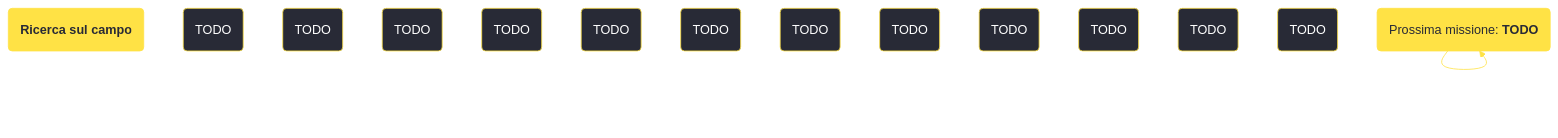
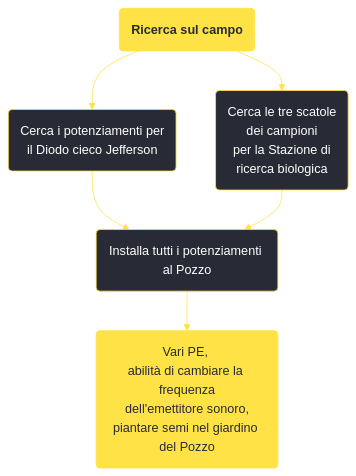
The diagram in content/voci/fallout new vegas/missioni/Ricerca sul campo.md (persy/wastelander), drawn with Mermaid before and after one commit. The commit also changed 174 other files, not shown here.

````diff
--- a/content/voci/fallout new vegas/missioni/Ricerca sul campo.md
+++ b/content/voci/fallout new vegas/missioni/Ricerca sul campo.md
@@ -32,24 +32,16 @@
 ```mermaid
 %%{init: {'theme': 'base', 'themeVariables': { 'primaryColor': '#282a36', 'primaryBorderColor': '#ffe245', 'primaryTextColor': '#fff', 'lineColor': '#ffe245', 'fontFamily': 'Jura'}}}%%
 graph TD;
     id1(<b>Ricerca sul campo</b>):::questfnv
-    id2(TODO)
-    id3(TODO)
-    id4(TODO)
-    id5(TODO)
-    id6(TODO)
-    id7(TODO) 
-    id8(TODO)
-    id9(TODO)
-    id10(TODO)
-    id11(TODO)
-    id12(TODO)
-    id13(TODO) 
-    id(TODO):::rewardfnv
-    id(Prossima missione: <b>TODO</b>):::questfnv
-    id-->id-->id-->id-->id-->id-->id
+    id2(Cerca i potenziamenti per <br />il Diodo cieco Jefferson)
+    id3(Cerca le tre scatole <br />dei campioni <br />per la Stazione di <br />ricerca biologica)
+    id4(Installa tutti i potenziamenti al Pozzo)
+    id5(Vari PE, <br />abilità di cambiare la frequenza<br /> dell'emettitore sonoro, <br />piantare semi nel giardino <br />del Pozzo):::rewardfnv
+
     
-    click id "../TODO"
+    id1-->id2 & id3-->id4-->id5
+    
+    
     classDef rewardfnv fill:#ffe245, stroke:#ffe245, color:#282a36;
     classDef questfnv fill:#ffe245, stroke:#ffe245, color:#282a36;
 ```
````
